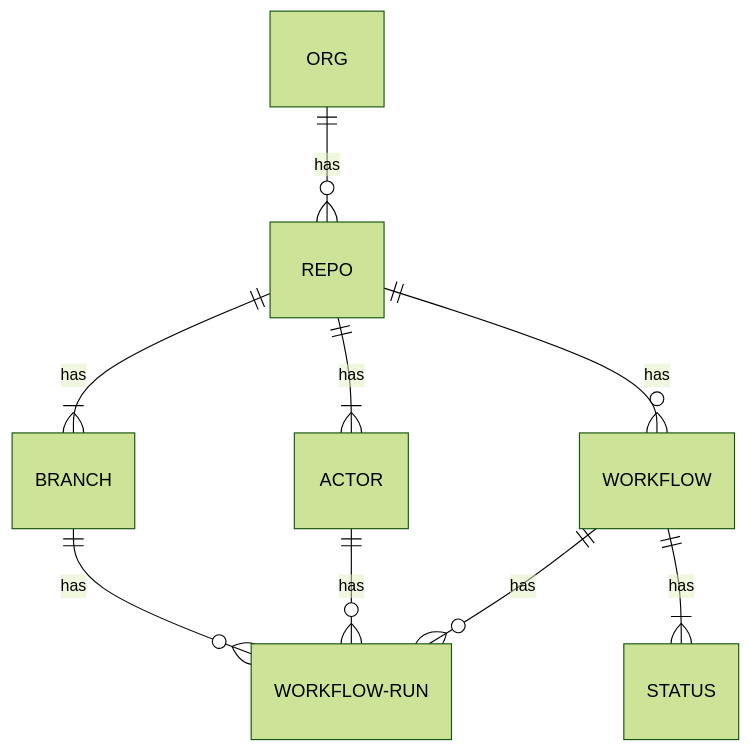
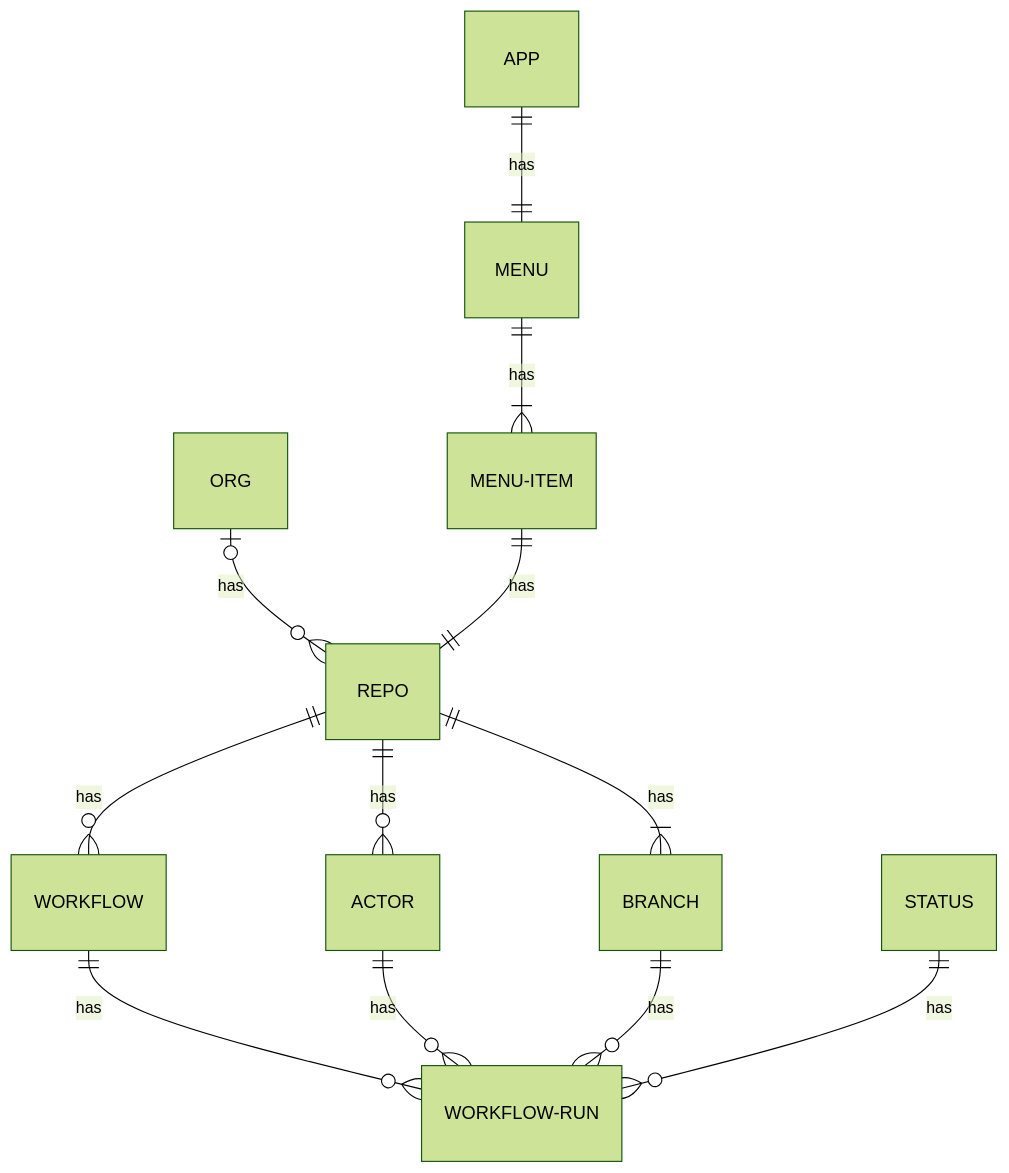
Before and after one commit to brunns/github-actions-status-mac-menu-bar-spike: the diagram in TODO.md, drawn with Mermaid (forest theme).

Commit message:
Add application stuff to the ERD.

````diff
--- a/TODO.md
+++ b/TODO.md
@@ -20,11 +20,15 @@
 ```mermaid
 erDiagram
-    ORG ||--o{ REPO : has
+    ORG |o--o{ REPO : has
     REPO ||--|{ BRANCH : has
-    REPO ||--|{ ACTOR : has
+    REPO ||--o{ ACTOR : has
     REPO ||--o{ WORKFLOW : has
     WORKFLOW ||--o{ WORKFLOW-RUN : has
     ACTOR ||--o{ WORKFLOW-RUN : has
     BRANCH ||--o{ WORKFLOW-RUN : has
-    WORKFLOW ||--|{ STATUS : has
+    STATUS ||--o{ WORKFLOW-RUN : has
+    
+    APP ||--|| MENU : has
+    MENU ||--|{ MENU-ITEM : has
+    MENU-ITEM ||--|| REPO : has
 ```
````
